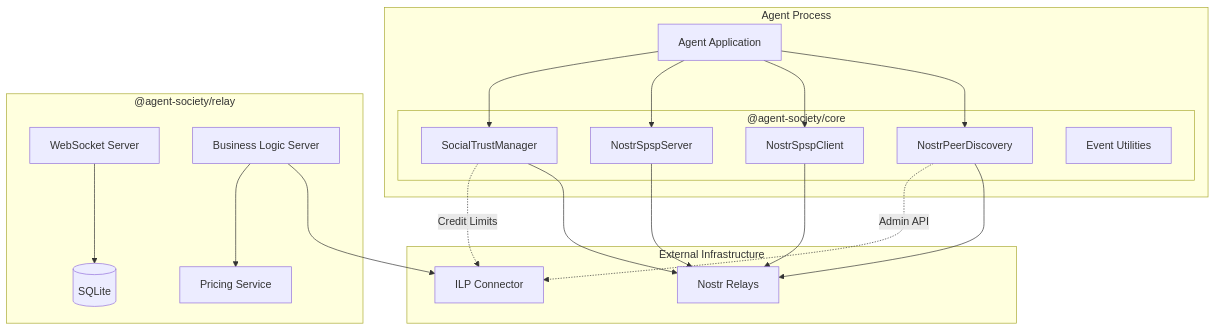
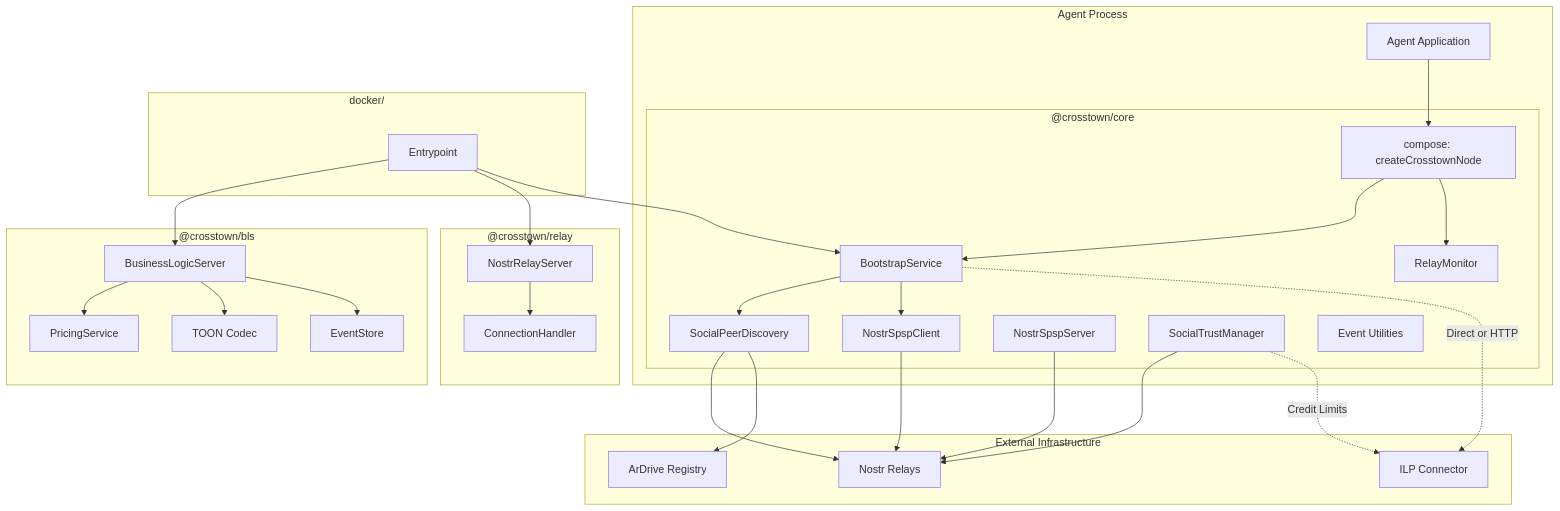
Before and after one commit to ALLiDoizCode/crosstown: the diagram in docs/architecture/2-high-level-architecture.md, drawn with Mermaid. The commit also changed other lines of this file and 203 other files, not shown here.

First line of the commit message:
refactor: rename agent-society to crosstown across entire codebase

````diff
--- a/docs/architecture/2-high-level-architecture.md
+++ b/docs/architecture/2-high-level-architecture.md
@@ -20,42 +30,60 @@
 ```mermaid
 graph TB
     subgraph "Agent Process"
         A[Agent Application]
-        subgraph "@agent-society/core"
-            NPD[NostrPeerDiscovery]
+        subgraph "@crosstown/core"
+            BS[BootstrapService]
+            RM[RelayMonitor]
+            SPD[SocialPeerDiscovery]
             NSC[NostrSpspClient]
             NSS[NostrSpspServer]
             STM[SocialTrustManager]
+            COMP[compose: createCrosstownNode]
             EVT[Event Utilities]
         end
+    end
+
+    subgraph "@crosstown/bls"
+        BLS[BusinessLogicServer]
+        PS[PricingService]
+        TOON[TOON Codec]
+        ES[EventStore]
+    end
+
+    subgraph "@crosstown/relay"
+        WS[NostrRelayServer]
+        CH[ConnectionHandler]
     end
 
     subgraph "External Infrastructure"
         NR[Nostr Relays]
         ILC[ILP Connector]
+        AR[ArDrive Registry]
     end
 
-    subgraph "@agent-society/relay"
-        WS[WebSocket Server]
-        BLS[Business Logic Server]
-        PS[Pricing Service]
-        DB[(SQLite)]
+    subgraph "docker/"
+        EP[Entrypoint]
     end
 
-    A --> NPD
-    A --> NSC
-    A --> NSS
-    A --> STM
-
-    NPD --> NR
+    A --> COMP
+    COMP --> BS
+    COMP --> RM
+    BS --> SPD
+    BS --> NSC
+    SPD --> NR
     NSC --> NR
     NSS --> NR
     STM --> NR
+    SPD --> AR
 
-    NPD -.->|Admin API| ILC
+    BS -.->|Direct or HTTP| ILC
     STM -.->|Credit Limits| ILC
+    BLS --> PS
+    BLS --> TOON
+    BLS --> ES
+    WS --> CH
 
-    BLS --> ILC
-    WS --> DB
-    BLS --> PS
+    EP --> BLS
+    EP --> WS
+    EP --> BS
 ```
````
